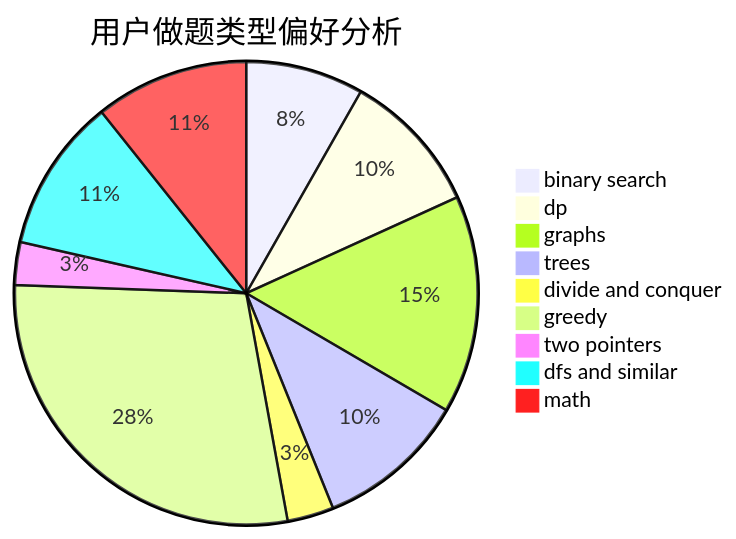
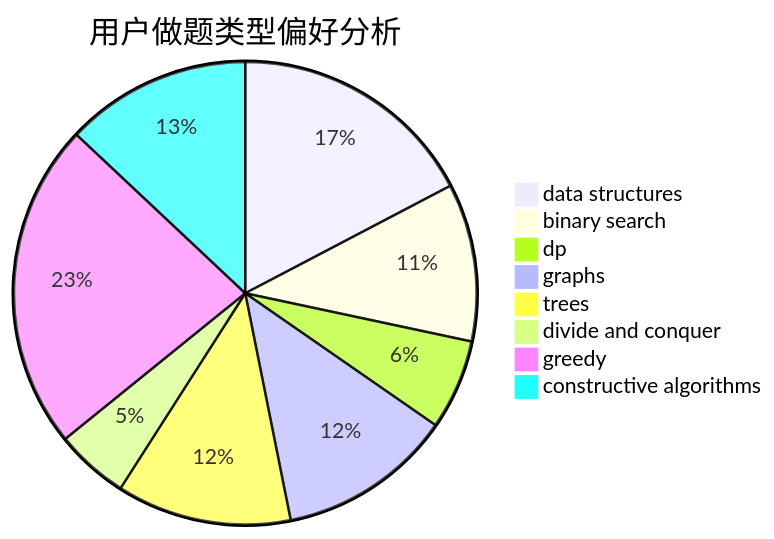
One commit to sherpahu/cfrs.github.io changed the second of 3 diagrams in docs/user/u393.md. Above: the diagram before and after it, drawn with Mermaid. The commit also changed other lines of this file and 2775 other files, not shown here.

````diff
--- a/docs/user/u393.md
+++ b/docs/user/u393.md
@@ -23,12 +23,11 @@
 ```mermaid
 pie title 用户做题类型偏好分析
-    "binary search" :  33
-    "dp" :  40
-    "graphs" :  61
-    "trees" :  42
+    "data structures" :  44
+    "binary search" :  28
+    "dp" :  16
+    "graphs" :  31
+    "trees" :  31
     "divide and conquer" :  13
-    "greedy" :  114
-    "two pointers" :  12
-    "dfs and similar" :  43
-    "math" :  43
+    "greedy" :  58
+    "constructive algorithms" :  33
 ```
````
